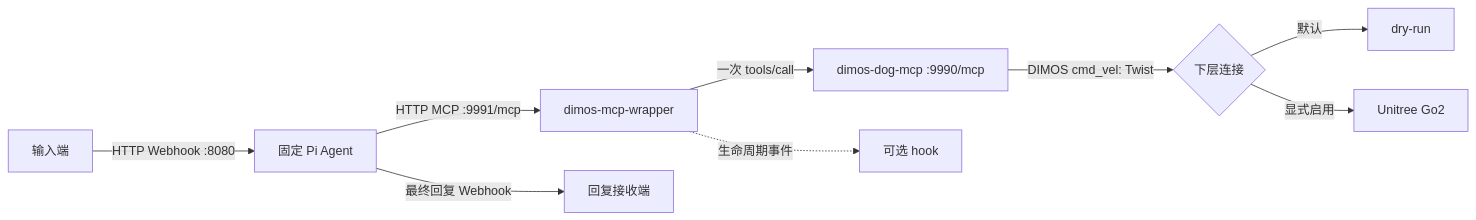
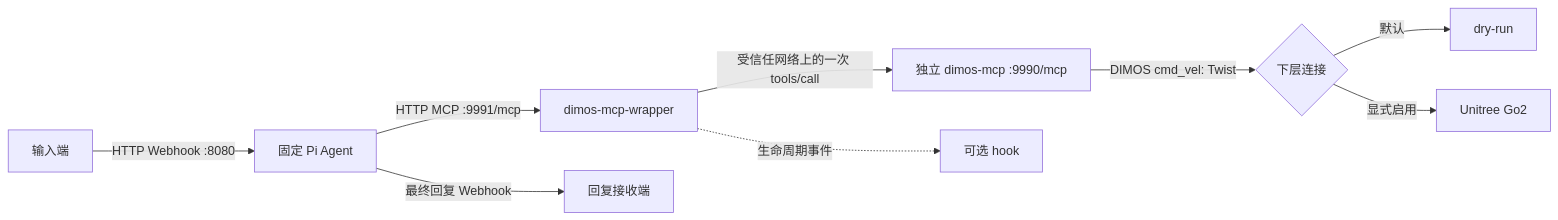
The diagram in USAGE.md (human-chocker-and-robot-dog/agent), drawn with Mermaid before and after one commit. The commit also changed other lines of this file and 27 other files, not shown here.

First line of the commit message:
refactor: extract standalone dimos-mcp and expand deployment docs

```diff
--- a/USAGE.md
+++ b/USAGE.md
@@ -11,11 +11,11 @@
 ~~~mermaid
 flowchart LR
     I["输入端"] -->|HTTP Webhook :8080| A["固定 Pi Agent"]
     A -->|HTTP MCP :9991/mcp| W["dimos-mcp-wrapper"]
-    W -->|一次 tools/call| D["dimos-dog-mcp :9990/mcp"]
+    W -->|"受信任网络上的一次 tools/call"| D["独立 dimos-mcp :9990/mcp"]
     D -->|DIMOS cmd_vel: Twist| C{"下层连接"}
     C -->|默认| R["dry-run"]
     C -->|显式启用| G["Unitree Go2"]
     W -. 生命周期事件 .-> K["可选 hook"]
     A -->|最终回复 Webhook| O["回复接收端"]
 ~~~
```
